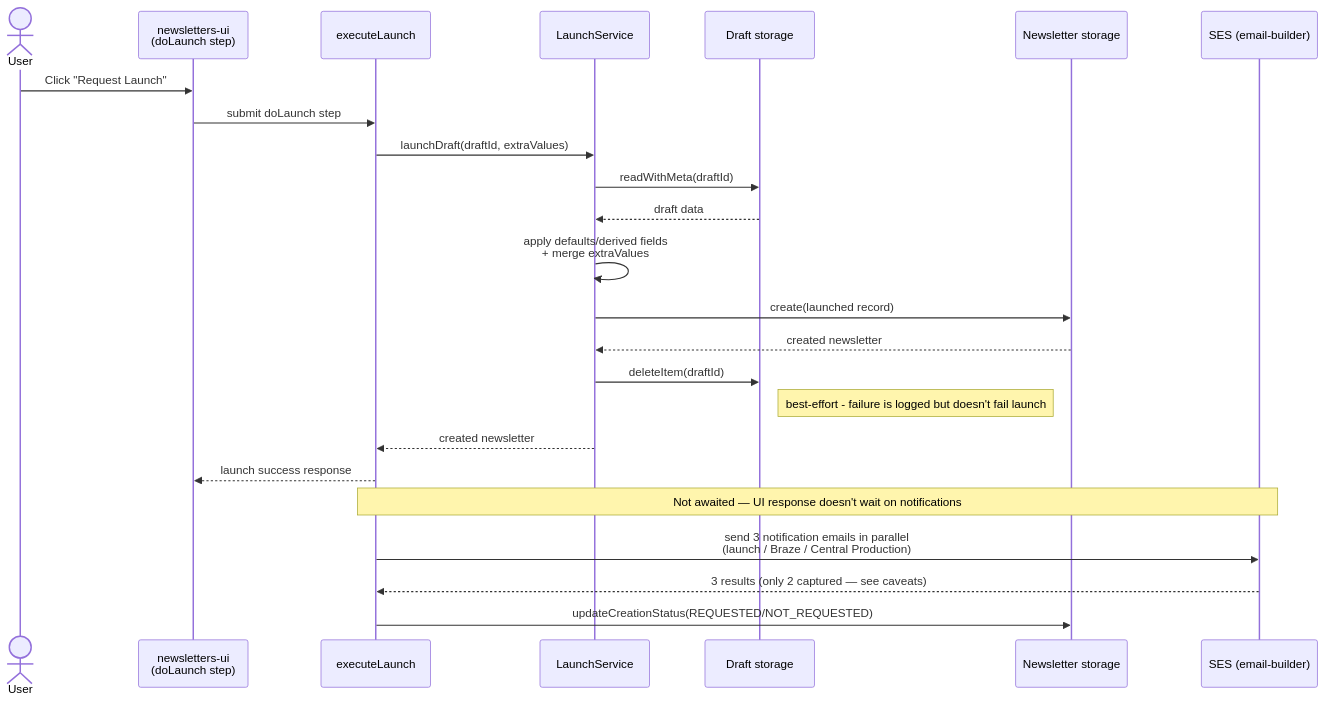
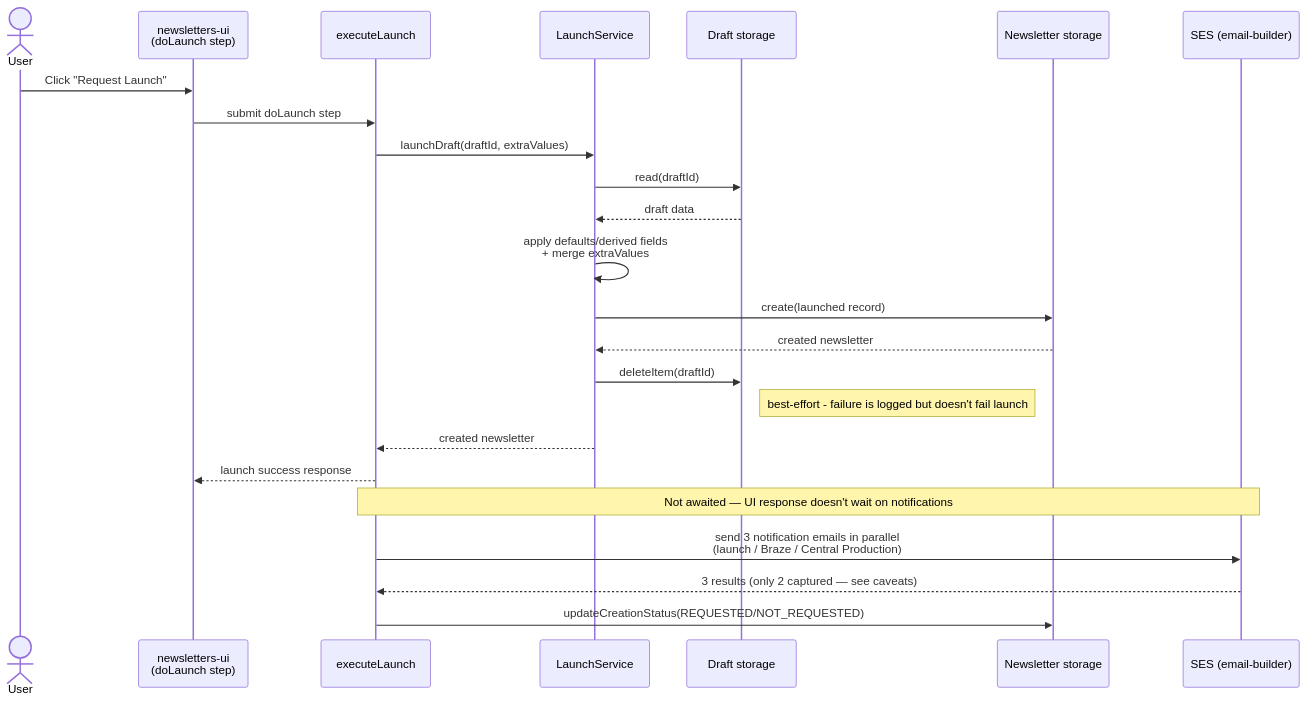
One commit to guardian/newsletters-nx changed the diagram in docs/launch-flow.md. Above: the diagram before and after it, drawn with Mermaid. The commit also changed 17 other files, not shown here.

First line of the commit message:
Expose newsletter and draft meta so the UI can show a last-updated date

````diff
--- a/docs/launch-flow.md
+++ b/docs/launch-flow.md
@@ -18,27 +18,27 @@
 ```mermaid
 sequenceDiagram
     actor User
     participant UI as newsletters-ui<br>(doLaunch step)
     participant Exec as executeLaunch
     participant Launch as LaunchService
     participant Draft as Draft storage
     participant Newsletter as Newsletter storage
     participant SES as SES (email-builder)
 
     User->>UI: Click "Request Launch"
     UI->>Exec: submit doLaunch step
     Exec->>Launch: launchDraft(draftId, extraValues)
-    Launch->>Draft: readWithMeta(draftId)
+    Launch->>Draft: read(draftId)
     Draft-->>Launch: draft data
     Launch->>Launch: apply defaults/derived fields<br>+ merge extraValues
     Launch->>Newsletter: create(launched record)
     Newsletter-->>Launch: created newsletter
     Launch->>Draft: deleteItem(draftId)
     Note right of Draft: best-effort - failure is logged but doesn't fail launch
     Launch-->>Exec: created newsletter
     Exec-->>UI: launch success response
     Note over Exec,SES: Not awaited — UI response doesn't wait on notifications
     Exec->>SES: send 3 notification emails in parallel<br>(launch / Braze / Central Production)
     SES-->>Exec: 3 results (only 2 captured — see caveats)
     Exec->>Newsletter: updateCreationStatus(REQUESTED/NOT_REQUESTED)
 ```
````
